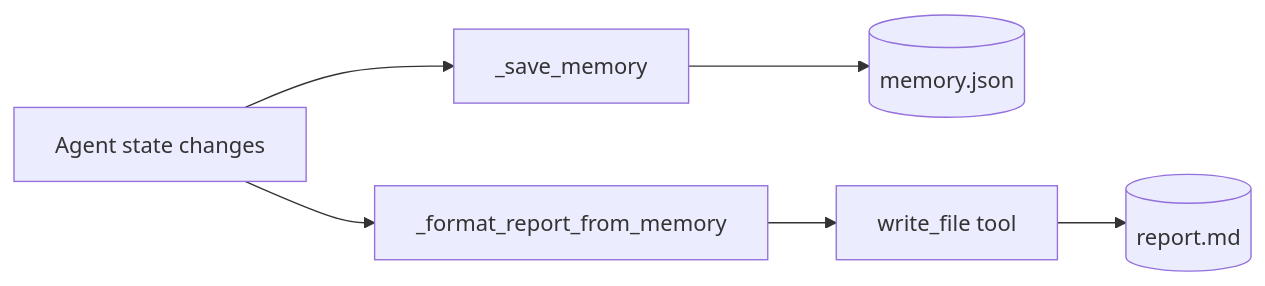
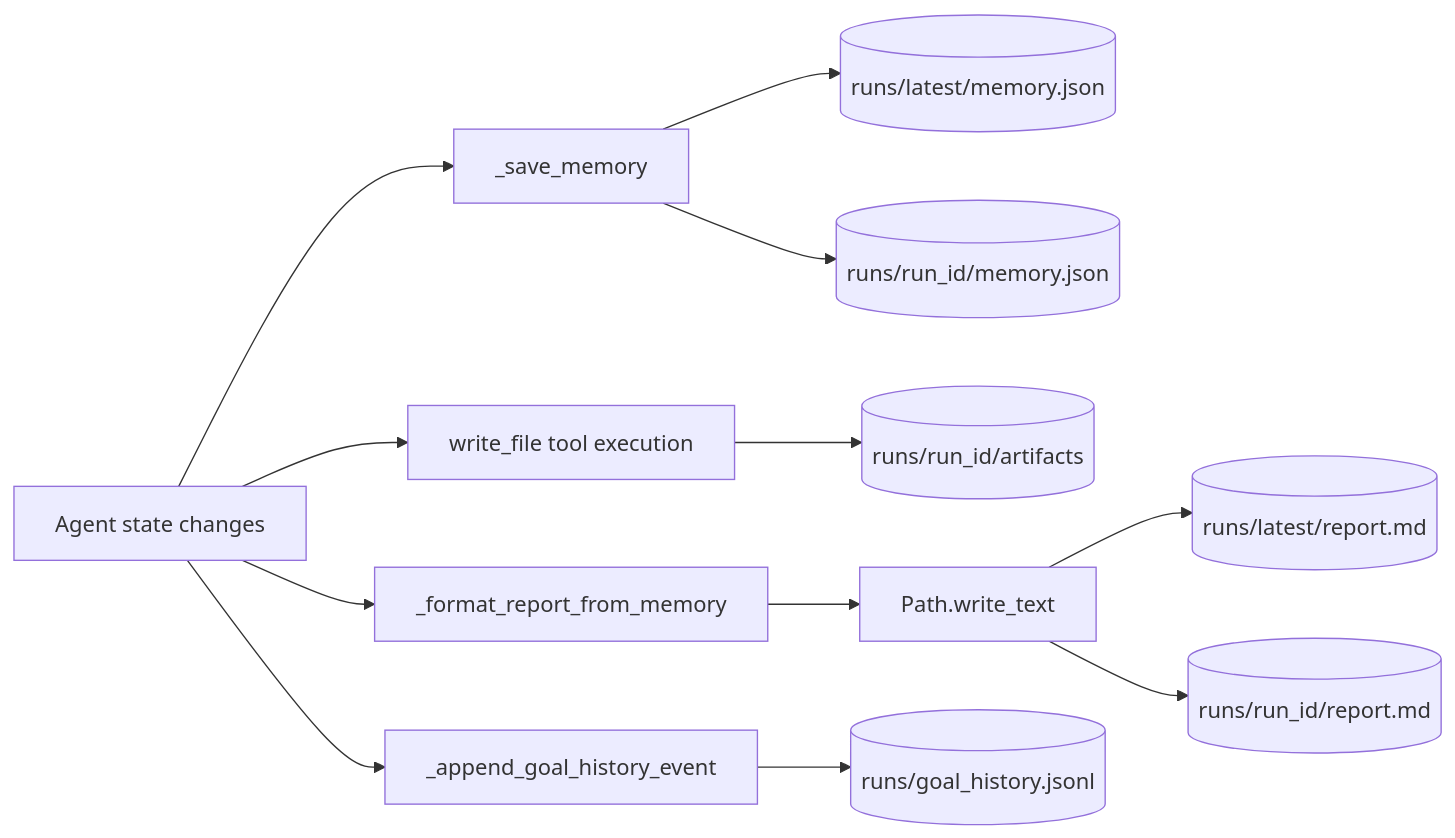
Before and after one commit to yessaravanan/gemini-research-agent: the sixth of 7 diagrams in docs/04-workflows.md, drawn with Mermaid. The commit also changed other lines of this file and 19 other files, not shown here.

````diff
--- a/docs/04-workflows.md
+++ b/docs/04-workflows.md
@@ -154,8 +172,14 @@
 ```mermaid
 flowchart LR
     A[Agent state changes] --> B[_save_memory]
-    B --> C[(memory.json)]
+    B --> C[(runs/latest/memory.json)]
+    B --> G[(runs/run_id/memory.json)]
+    A --> T[write_file tool execution]
+    T --> K[(runs/run_id/artifacts)]
     A --> D[_format_report_from_memory]
-    D --> E[write_file tool]
-    E --> F[(report.md)]
+    D --> E[Path.write_text]
+    E --> F[(runs/latest/report.md)]
+    E --> H[(runs/run_id/report.md)]
+    A --> I[_append_goal_history_event]
+    I --> J[(runs/goal_history.jsonl)]
 ```
````
